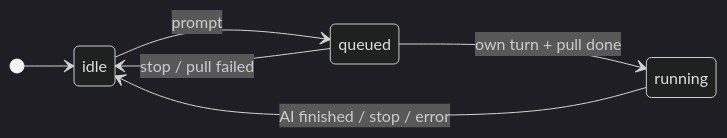
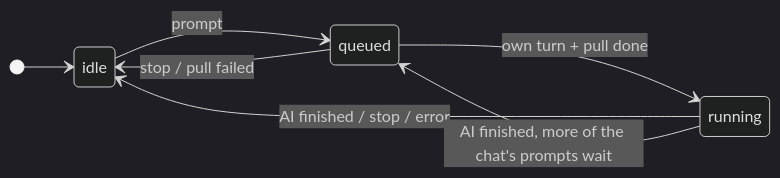
The ninth of 9 diagrams in specs/system/functional.md (tillg/karpathy.app), drawn with Mermaid (dark theme) before and after one commit. The commit also changed other lines of this file and 3 other files, not shown here.

First line of the commit message:
Specs: type ahead while the AI works - queued prompts, Edit/remove, Stop hands them back (#155)

````diff
--- a/specs/system/functional.md
+++ b/specs/system/functional.md
@@ -795,9 +805,10 @@
 ```mermaid
 stateDiagram-v2
   direction LR
   [*] --> idle
   idle --> queued: prompt
   queued --> running: own turn + pull done
   queued --> idle: stop / pull failed
   running --> idle: AI finished / stop / error
+  running --> queued: AI finished, more of the chat's prompts wait
 ```
````
